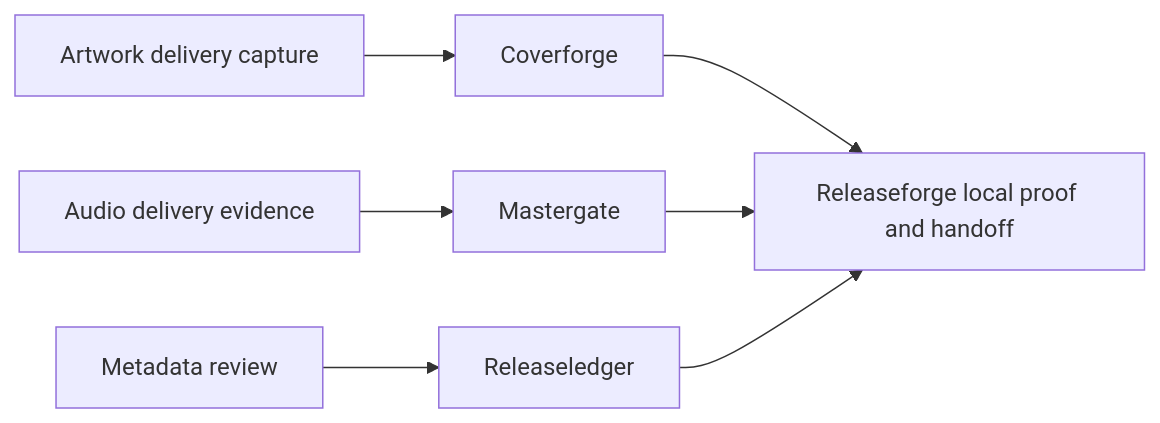
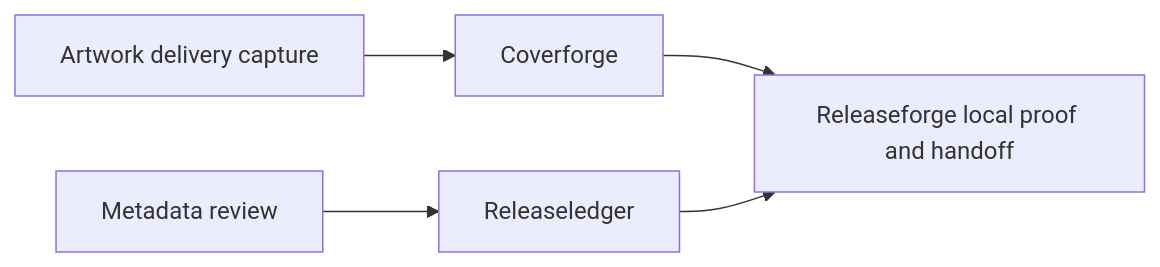
Before and after one commit to notgabriels-sys/notgabriels-sys: the diagram in README.md, drawn with Mermaid. The commit also changed other lines of this file and 3 other files, not shown here.

````diff
--- a/README.md
+++ b/README.md
@@ -19,9 +19,7 @@
 ```mermaid
 flowchart LR
   A[Artwork delivery capture] --> C[Coverforge]
-  B[Audio delivery evidence] --> M[Mastergate]
   D[Metadata review] --> L[Releaseledger]
   C --> R[Releaseforge local proof and handoff]
-  M --> R
   L --> R
 ```
````
